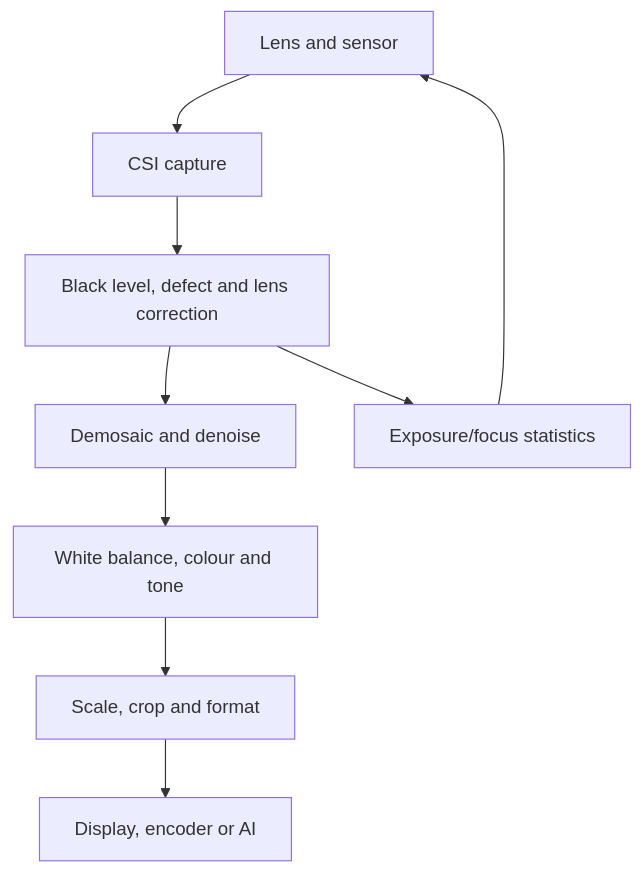
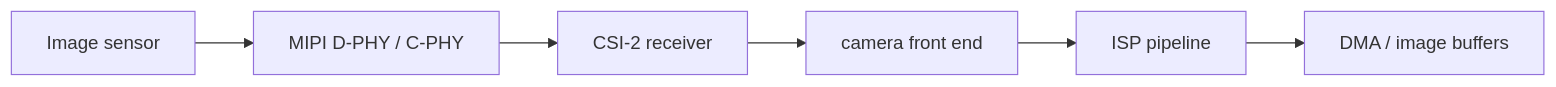
The first of 2 diagrams in src/content/docs/articles/qualcomm-camera-isp.md (abhishekkumardwivedi/abhishekkumardwivedi.github.io), drawn with Mermaid before and after one commit. The commit also changed other lines of this file and 7 other files, not shown here.

````diff
--- a/src/content/docs/articles/qualcomm-camera-isp.md
+++ b/src/content/docs/articles/qualcomm-camera-isp.md
@@ -8,11 +42,8 @@
 ```mermaid
-flowchart TD
-    A["Lens and sensor"] --> B["CSI capture"]
-    B --> C["Black level, defect and lens correction"]
-    C --> D["Demosaic and denoise"]
-    D --> E["White balance, colour and tone"]
-    E --> F["Scale, crop and format"]
-    F --> G["Display, encoder or AI"]
-    C --> H["Exposure/focus statistics"]
-    H --> A
+flowchart LR
+    S["Image sensor"] --> PHY["MIPI D-PHY / C-PHY"]
+    PHY --> CSI["CSI-2 receiver"]
+    CSI --> FE["camera front end"]
+    FE --> ISP["ISP pipeline"]
+    ISP --> BUF["DMA / image buffers"]
 ```
````
